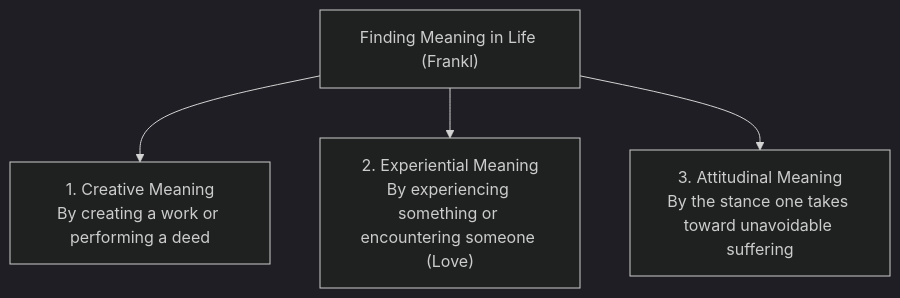
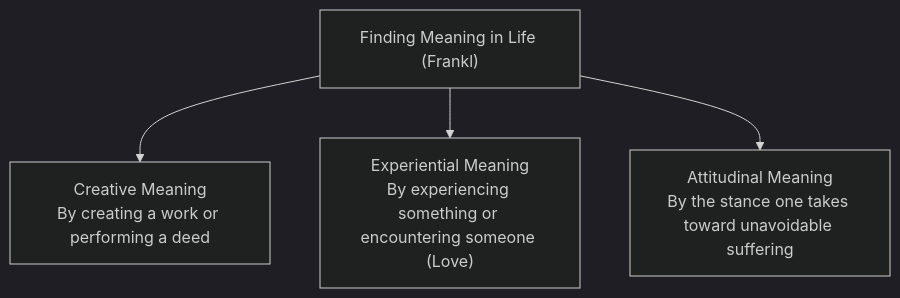
One commit to aidocmr/learn-bscs changed the fifth of 5 diagrams in content/Year 1/Understanding the Self/10. The Spiritual Self.md. Above: the diagram before and after it, drawn with Mermaid (dark theme). The commit also changed other lines of this file and 20 other files, not shown here.

First line of the commit message:
fix: Remove markdown lists and numbered prefixes from all Mermaid diagrams

````diff
--- a/content/Year 1/Understanding the Self/10. The Spiritual Self.md
+++ b/content/Year 1/Understanding the Self/10. The Spiritual Self.md
@@ -122,6 +122,6 @@
 ```mermaid
 flowchart TD
-    Meaning["Finding Meaning in Life (Frankl)"] --> Work["1. Creative Meaning<br/>By creating a work or performing a deed"]
-    Meaning --> Exp["2. Experiential Meaning<br/>By experiencing something or encountering someone (Love)"]
-    Meaning --> Att["3. Attitudinal Meaning<br/>By the stance one takes toward unavoidable suffering"]
+    Meaning["Finding Meaning in Life (Frankl)"] --> Work["Creative Meaning<br/>By creating a work or performing a deed"]
+    Meaning --> Exp["Experiential Meaning<br/>By experiencing something or encountering someone (Love)"]
+    Meaning --> Att["Attitudinal Meaning<br/>By the stance one takes toward unavoidable suffering"]
 ```
````
